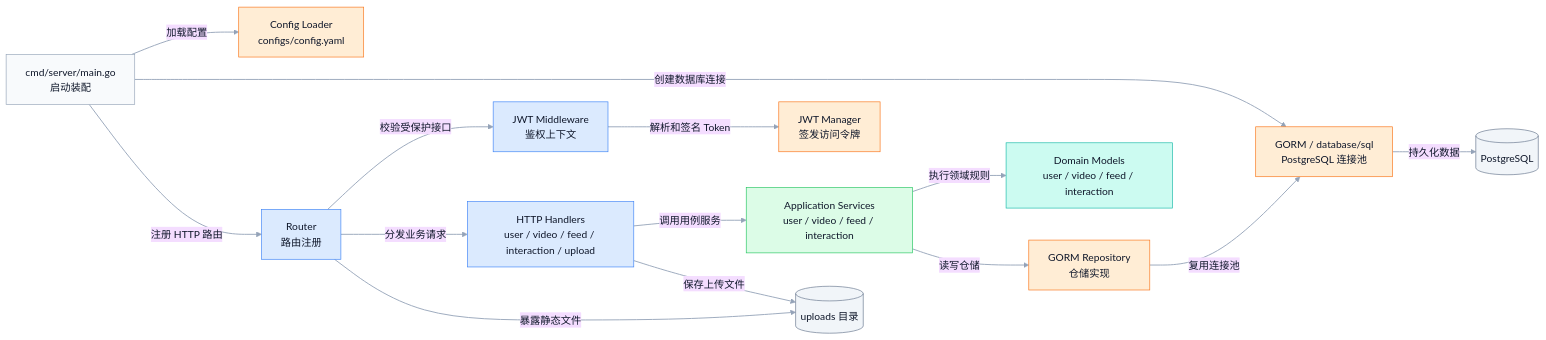
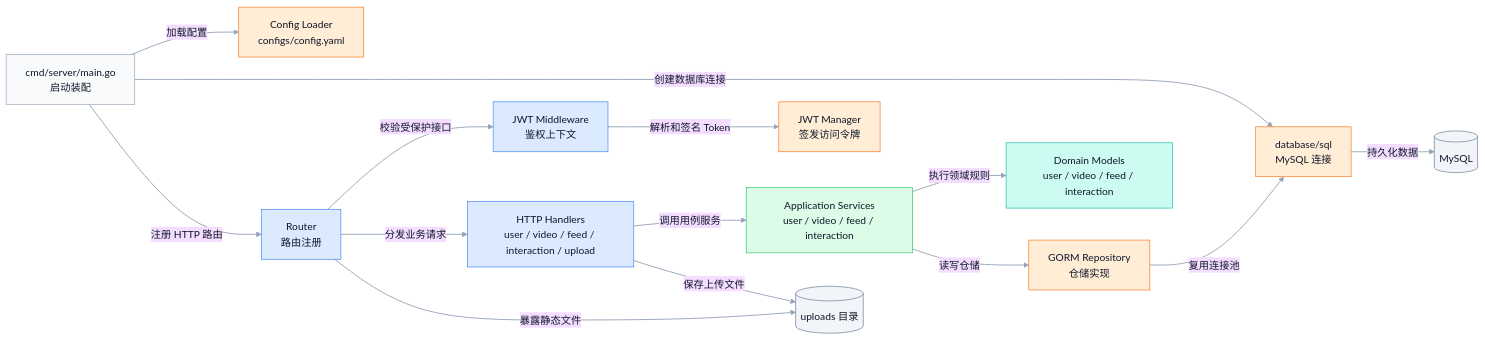
The second of 5 diagrams in docs/architecture.md (Inumoroha/VideoFeed), drawn with Mermaid before and after one commit. The commit also changed other lines of this file and 4 other files, not shown here.

````diff
--- a/docs/architecture.md
+++ b/docs/architecture.md
@@ -57,57 +57,57 @@
 ```mermaid
 ---
 config:
   theme: base
   layout: dagre
   themeVariables:
     background: transparent
     fontFamily: Inter, PingFang SC, Microsoft YaHei, Arial
     primaryTextColor: "#0F172A"
     lineColor: "#94A3B8"
     clusterBkg: "#F8FAFC"
     clusterBorder: "#CBD5E1"
 ---
 flowchart LR
   %% Internal layering in apps/api
   classDef entry fill:#F8FAFC,stroke:#94A3B8,color:#0F172A,stroke-width:1px;
   classDef http fill:#DBEAFE,stroke:#3B82F6,color:#0F172A,stroke-width:1px;
   classDef service fill:#DCFCE7,stroke:#22C55E,color:#0F172A,stroke-width:1px;
   classDef domain fill:#CCFBF1,stroke:#14B8A6,color:#0F172A,stroke-width:1px;
   classDef infra fill:#FFEDD5,stroke:#F97316,color:#0F172A,stroke-width:1px;
   classDef store fill:#F1F5F9,stroke:#64748B,color:#0F172A,stroke-width:1px;
 
   Entry["cmd/server/main.go<br/>启动装配"]
   Router["Router<br/>路由注册"]
   Auth["JWT Middleware<br/>鉴权上下文"]
   Handlers["HTTP Handlers<br/>user / video / feed / interaction / upload"]
   Services["Application Services<br/>user / video / feed / interaction"]
   Domains["Domain Models<br/>user / video / feed / interaction"]
   Config["Config Loader<br/>configs/config.yaml"]
   JWT["JWT Manager<br/>签发访问令牌"]
   Repo["GORM Repository<br/>仓储实现"]
-  SQL["GORM / database/sql<br/>PostgreSQL 连接池"]
-  PostgreSQL[("PostgreSQL")]
+  SQL["database/sql<br/>MySQL 连接"]
+  MySQL[("MySQL")]
   Uploads[("uploads 目录")]
 
   Entry -->|"加载配置"| Config
   Entry -->|"创建数据库连接"| SQL
   Entry -->|"注册 HTTP 路由"| Router
   Router -->|"校验受保护接口"| Auth
   Auth -->|"解析和签名 Token"| JWT
   Router -->|"分发业务请求"| Handlers
   Handlers -->|"调用用例服务"| Services
   Services -->|"执行领域规则"| Domains
   Services -->|"读写仓储"| Repo
   Repo -->|"复用连接池"| SQL
-  SQL -->|"持久化数据"| PostgreSQL
+  SQL -->|"持久化数据"| MySQL
   Handlers -->|"保存上传文件"| Uploads
   Router -->|"暴露静态文件"| Uploads
 
   class Entry entry;
   class Router,Auth,Handlers http;
   class Services service;
   class Domains domain;
   class Config,JWT,Repo,SQL infra;
-  class PostgreSQL,Uploads store;
+  class MySQL,Uploads store;
   linkStyle default stroke:#94A3B8,stroke-width:1.4px
 ```
````
